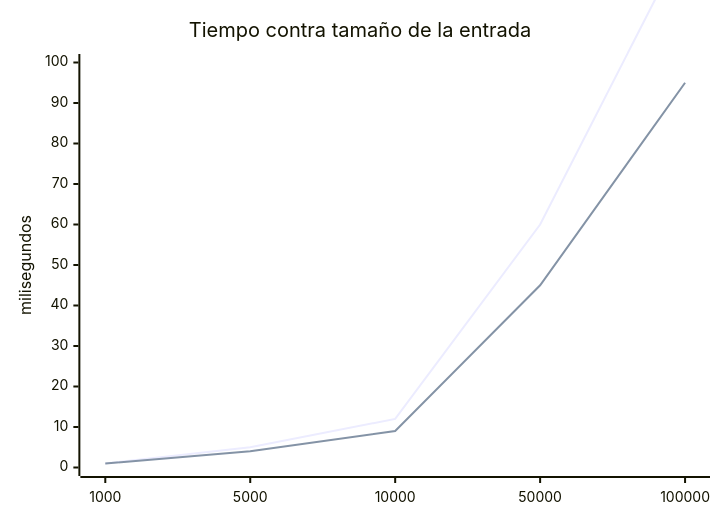
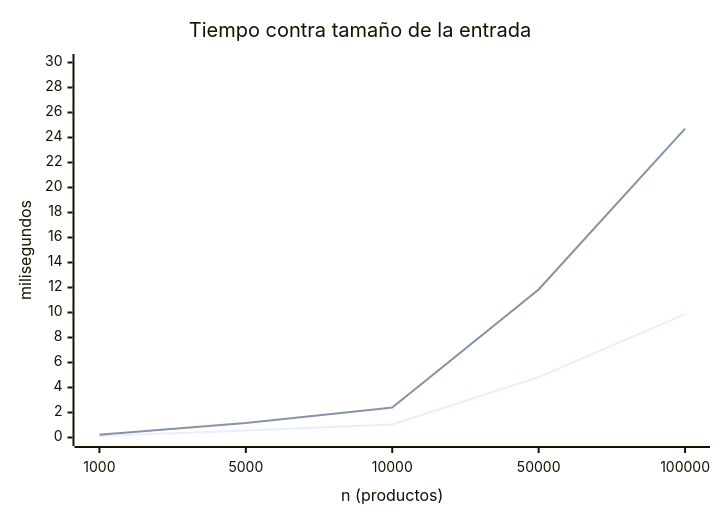
Before and after one commit to juangui2/estr-2026-2-proyecto: the fourth of 4 diagrams in docs/informe-final.md, drawn with Mermaid. The commit also changed other lines of this file, not shown here.

````diff
--- a/docs/informe-final.md
+++ b/docs/informe-final.md
@@ -208,8 +208,8 @@
 ```mermaid
 xychart-beta
-  title "Tiempo contra tamaño de la entrada"
-  x-axis [1000, 5000, 10000, 50000, 100000]
-  y-axis "milisegundos" 0 --> 100
-  line [1, 5, 12, 60, 130]
-  line [1, 4, 9, 45, 95]
+    title "Tiempo contra tamaño de la entrada"
+    x-axis "n (productos)" [1000, 5000, 10000, 50000, 100000]
+    y-axis "milisegundos" 0 --> 30
+    line [0.12, 0.551, 1.034, 4.826, 9.872]
+    line [0.22, 1.159, 2.392, 11.839, 24.710]
 ```
````
